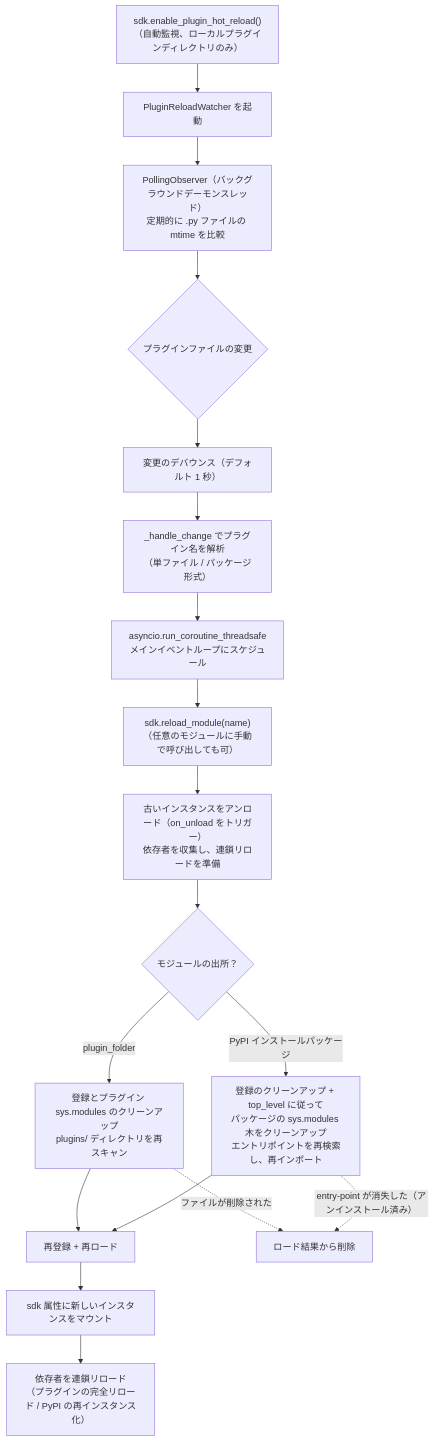
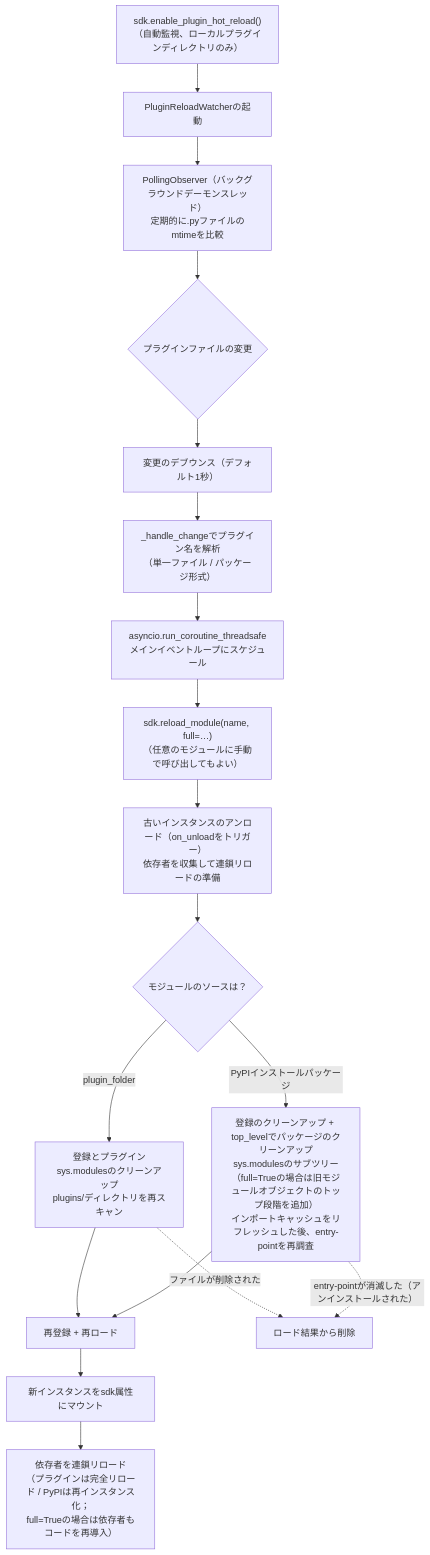
Before and after one commit to ErisPulse/ErisPulse: the ninth of 9 diagrams in docs/ja/architecture.md, drawn with Mermaid. The commit also changed other lines of this file and 79 other files, not shown here.

````diff
--- a/docs/ja/architecture.md
+++ b/docs/ja/architecture.md
@@ -283,20 +283,20 @@
 ```mermaid
 flowchart TD
-    A["sdk.enable_plugin_hot_reload()<br/>（自動監視、ローカルプラグインディレクトリのみ）"] --> B["PluginReloadWatcher を起動"]
-    B --> C["PollingObserver（バックグラウンドデーモンスレッド）<br/>定期的に .py ファイルの mtime を比較"]
+    A["sdk.enable_plugin_hot_reload()<br/>（自動監視、ローカルプラグインディレクトリのみ）"] --> B["PluginReloadWatcherの起動"]
+    B --> C["PollingObserver（バックグラウンドデーモンスレッド）<br/>定期的に.pyファイルのmtimeを比較"]
     C --> D{"プラグインファイルの変更"}
-    D --> E["変更のデバウンス（デフォルト 1 秒）"]
-    E --> F["_handle_change でプラグイン名を解析<br/>（単ファイル / パッケージ形式）"]
+    D --> E["変更のデブウンス（デフォルト1秒）"]
+    E --> F["_handle_changeでプラグイン名を解析<br/>（単一ファイル / パッケージ形式）"]
     F --> G["asyncio.run_coroutine_threadsafe<br/>メインイベントループにスケジュール"]
-    G --> H["sdk.reload_module(name)<br/>（任意のモジュールに手動で呼び出しても可）"]
-    H --> I["古いインスタンスをアンロード（on_unload をトリガー）<br/>依存者を収集し、連鎖リロードを準備"]
-    I --> J{"モジュールの出所？"}
-    J -->|"plugin_folder"| K["登録とプラグイン sys.modules のクリーンアップ<br/>plugins/ ディレクトリを再スキャン"]
-    J -->|"PyPI インストールパッケージ"| L["登録のクリーンアップ + top_level に従って<br/>パッケージの sys.modules 木をクリーンアップ<br/>エントリポイントを再検索し、再インポート"]
+    G --> H["sdk.reload_module(name, full=…)<br/>（任意のモジュールに手動で呼び出してもよい）"]
+    H --> I["古いインスタンスのアンロード（on_unloadをトリガー）<br/>依存者を収集して連鎖リロードの準備"]
+    I --> J{"モジュールのソースは？"}
+    J -->|"plugin_folder"| K["登録とプラグインsys.modulesのクリーンアップ<br/>plugins/ディレクトリを再スキャン"]
+    J -->|"PyPIインストールパッケージ"| L["登録のクリーンアップ + top_levelでパッケージのクリーンアップ<br/>sys.modulesのサブツリー（full=Trueの場合は旧モジュールオブジェクトのトップ段階を追加）<br/>インポートキャッシュをリフレッシュした後、entry-pointを再調査"]
     K --> M["再登録 + 再ロード"]
     L --> M
-    M --> N["sdk 属性に新しいインスタンスをマウント"]
-    N --> O["依存者を連鎖リロード<br/>（プラグインの完全リロード / PyPI の再インスタンス化）"]
+    M --> N["新インスタンスをsdk属性にマウント"]
+    N --> O["依存者を連鎖リロード<br/>（プラグインは完全リロード / PyPIは再インスタンス化；<br/>full=Trueの場合は依存者もコードを再導入）"]
     K -.->|"ファイルが削除された"| P["ロード結果から削除"]
-    L -.->|"entry-point が消失した（アンインストール済み）"| P
+    L -.->|"entry-pointが消滅した（アンインストールされた）"| P
 ```
````
